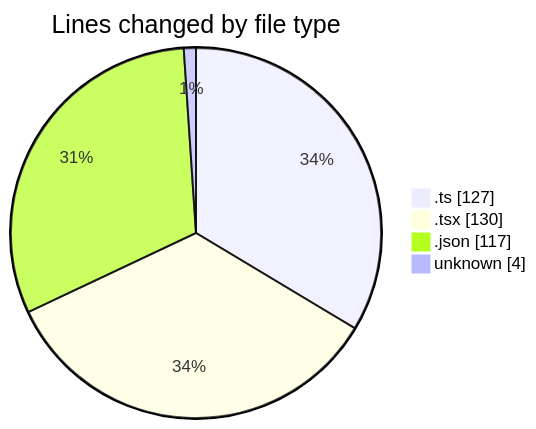
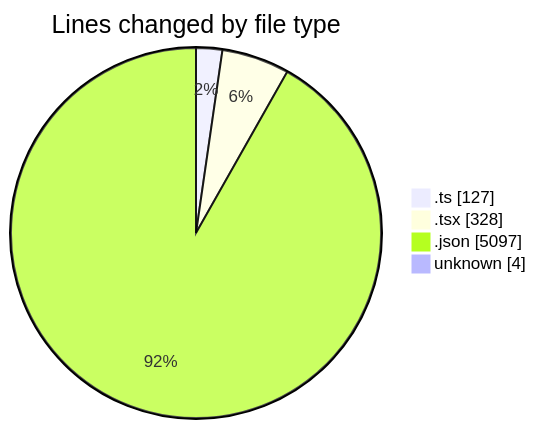
One commit to momahboobian/code-tracking changed the first of 2 diagrams in 2025-02-13/pdf-analysis-app/README.md. Above: the diagram before and after it, drawn with Mermaid. The commit also changed other lines of this file and 1 other file, not shown here.

````diff
--- a/2025-02-13/pdf-analysis-app/README.md
+++ b/2025-02-13/pdf-analysis-app/README.md
@@ -26,8 +29,8 @@
 ```mermaid
 pie showData
 title Lines changed by file type
 ".ts" : 127
-".tsx" : 130
-".json" : 117
+".tsx" : 328
+".json" : 5097
 "unknown" : 4
 ```
````
